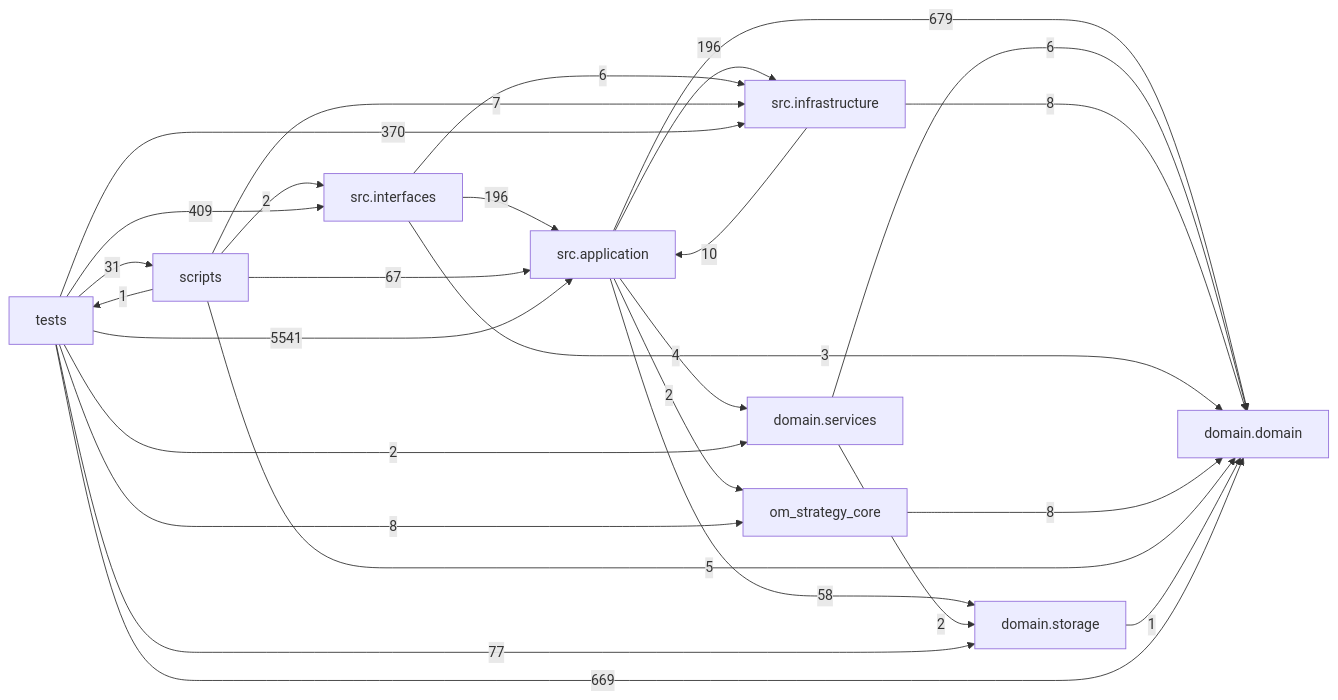
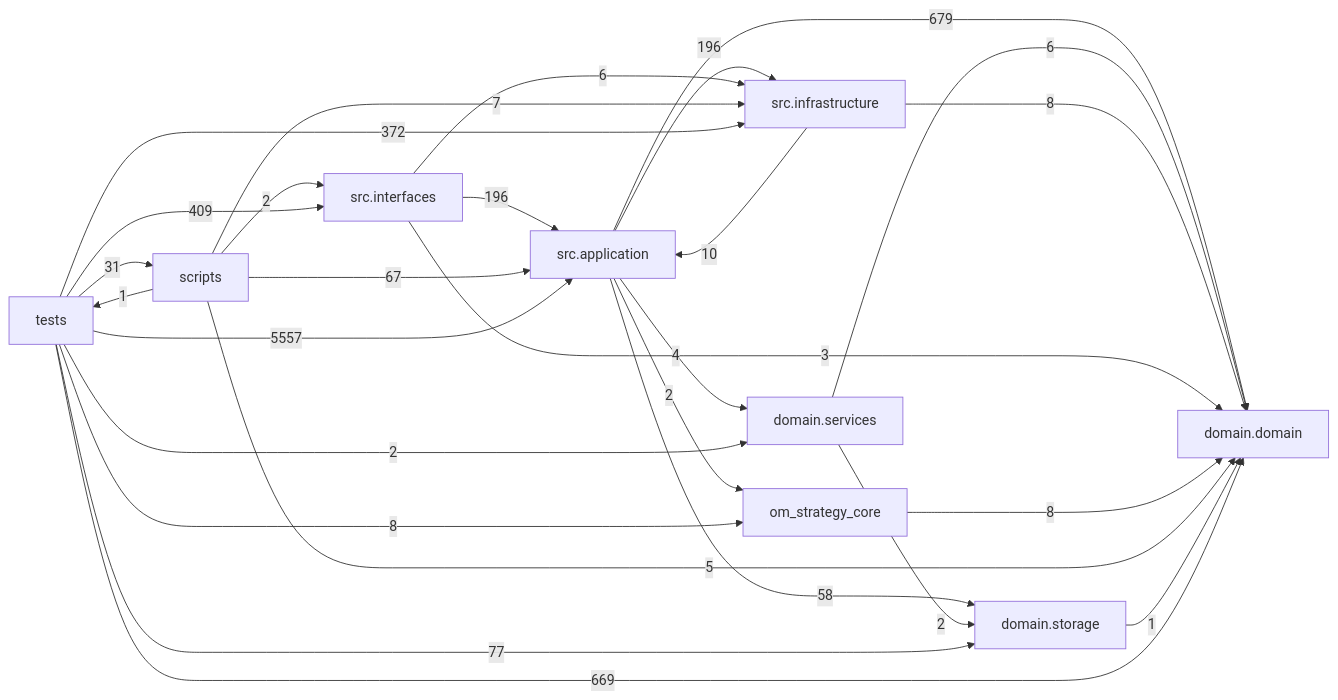
The diagram in docs/DEPENDENCY_GRAPH.md (liuxie066/options-monitor), drawn with Mermaid before and after one commit. The commit also changed other lines of this file and 4 other files, not shown here.

````diff
--- a/docs/DEPENDENCY_GRAPH.md
+++ b/docs/DEPENDENCY_GRAPH.md
@@ -24,38 +24,38 @@
 ```mermaid
 flowchart LR
   tests["tests"]
   scripts["scripts"]
   interfaces["src.interfaces"]
   application["src.application"]
   infrastructure["src.infrastructure"]
   domain_services["domain.services"]
   domain["domain.domain"]
   storage["domain.storage"]
   application -->|679| domain
   application -->|4| domain_services
   application -->|196| infrastructure
   application -->|2| om_strategy_core
   application -->|58| storage
   domain_services -->|6| domain
   domain_services -->|2| storage
   infrastructure -->|10| application
   infrastructure -->|8| domain
   interfaces -->|196| application
   interfaces -->|3| domain
   interfaces -->|6| infrastructure
   om_strategy_core -->|8| domain
   scripts -->|67| application
   scripts -->|5| domain
   scripts -->|7| infrastructure
   scripts -->|2| interfaces
   scripts -->|1| tests
   storage -->|1| domain
-  tests -->|5541| application
+  tests -->|5557| application
   tests -->|669| domain
   tests -->|2| domain_services
-  tests -->|370| infrastructure
+  tests -->|372| infrastructure
   tests -->|409| interfaces
   tests -->|8| om_strategy_core
   tests -->|31| scripts
   tests -->|77| storage
 ```
````
